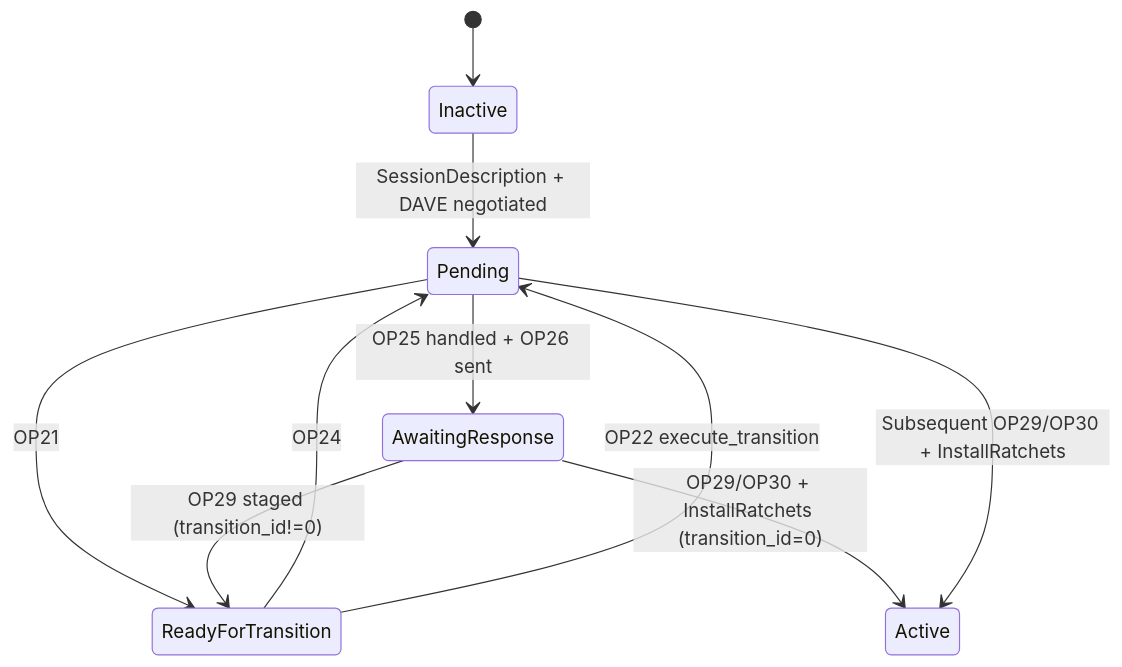
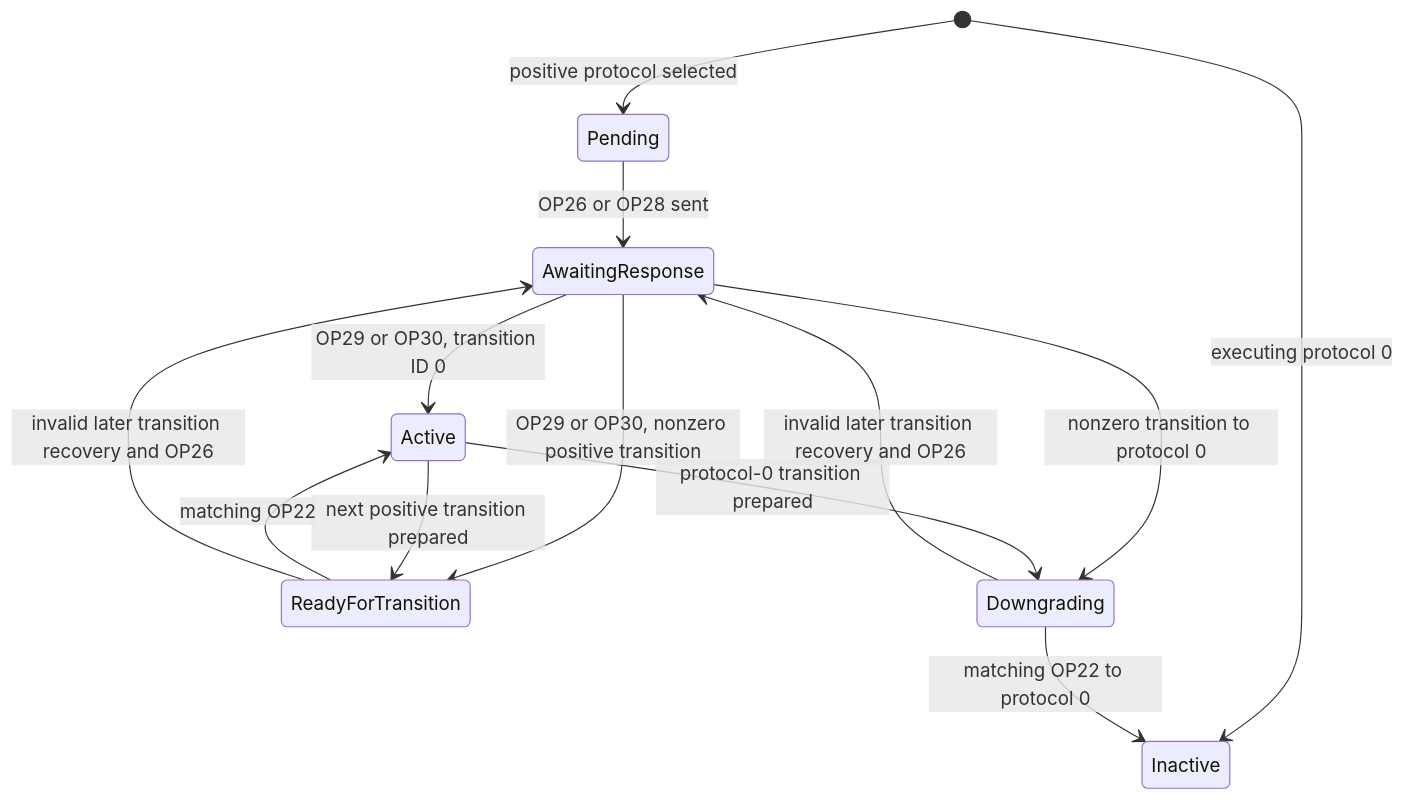
One commit to Aiko-IT-Systems/DisCatSharp changed the ninth of 12 diagrams in DisCatSharp.Docs/articles/modules/audio/voice/architecture.md. Above: the diagram before and after it, drawn with Mermaid. The commit also changed other lines of this file and 36 other files, not shown here.

First line of the commit message:
Fixed the complete DAVE transition lifecycle (#882)

````diff
--- a/DisCatSharp.Docs/articles/modules/audio/voice/architecture.md
+++ b/DisCatSharp.Docs/articles/modules/audio/voice/architecture.md
@@ -107,12 +247,15 @@
 ```mermaid
 stateDiagram-v2
-    [*] --> Inactive
-    Inactive --> Pending: SessionDescription + DAVE negotiated
-    Pending --> ReadyForTransition: OP21
-    ReadyForTransition --> Pending: OP24
-    Pending --> AwaitingResponse: OP25 handled + OP26 sent
-    AwaitingResponse --> Active: OP29/OP30 + InstallRatchets (transition_id=0)
-    AwaitingResponse --> ReadyForTransition: OP29 staged (transition_id!=0)
-    ReadyForTransition --> Pending: OP22 execute_transition
-    Pending --> Active: Subsequent OP29/OP30 + InstallRatchets
+    [*] --> Inactive: executing protocol 0
+    [*] --> Pending: positive protocol selected
+    Pending --> AwaitingResponse: OP26 or OP28 sent
+    AwaitingResponse --> Active: OP29 or OP30, transition ID 0
+    AwaitingResponse --> ReadyForTransition: OP29 or OP30, nonzero positive transition
+    AwaitingResponse --> Downgrading: nonzero transition to protocol 0
+    Active --> ReadyForTransition: next positive transition prepared
+    Active --> Downgrading: protocol-0 transition prepared
+    ReadyForTransition --> Active: matching OP22
+    Downgrading --> Inactive: matching OP22 to protocol 0
+    ReadyForTransition --> AwaitingResponse: invalid later transition recovery and OP26
+    Downgrading --> AwaitingResponse: invalid later transition recovery and OP26
 ```
````
